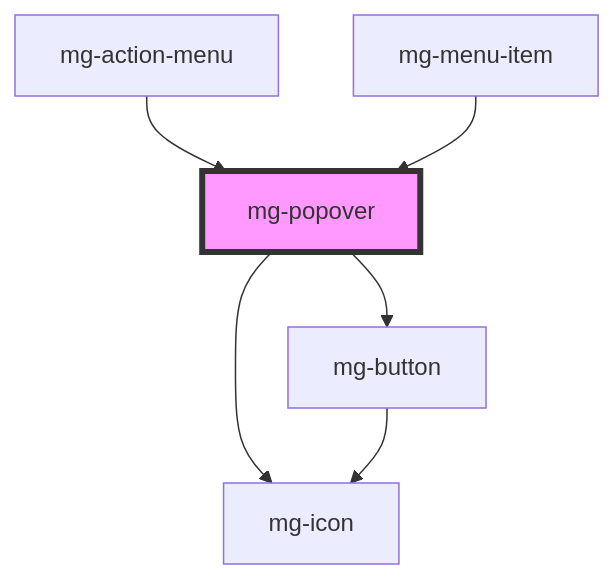
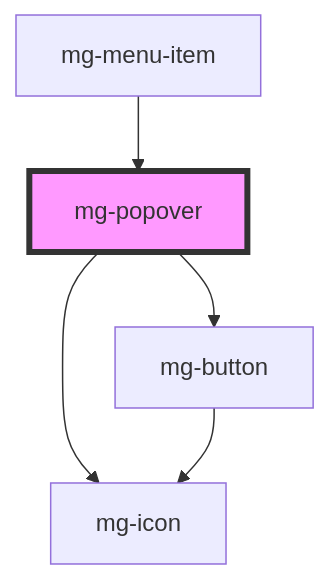
One commit to MGDIS/mg-components changed the diagram in src/components/molecules/mg-popover/readme.md. Above: the diagram before and after it, drawn with Mermaid. The commit also changed other lines of this file and 28 other files, not shown here.

First line of the commit message:
feat(mgActionMenu): split mgActionMenu in component and behavior

````diff
--- a/src/components/molecules/mg-popover/readme.md
+++ b/src/components/molecules/mg-popover/readme.md
@@ -99,9 +98,8 @@
 ```mermaid
 graph TD;
   mg-popover --> mg-button
   mg-popover --> mg-icon
   mg-button --> mg-icon
-  mg-action-menu --> mg-popover
   mg-menu-item --> mg-popover
   style mg-popover fill:#f9f,stroke:#333,stroke-width:4px
 ```
````
